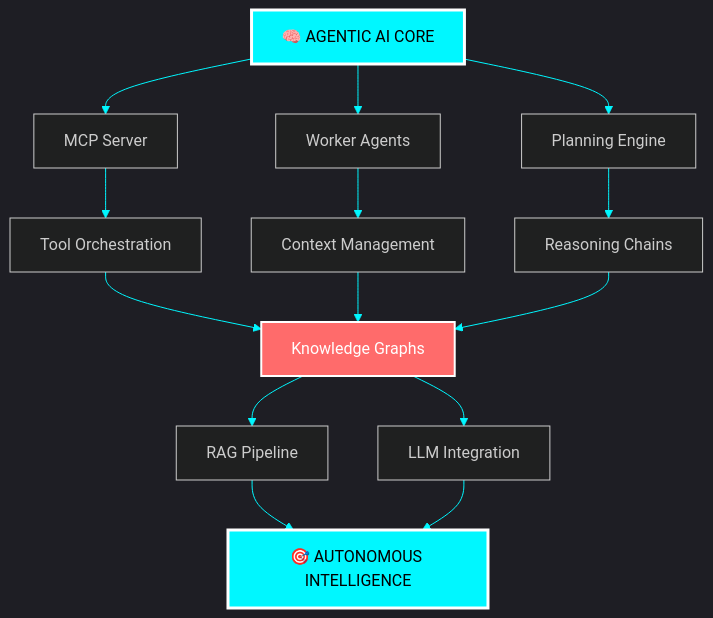
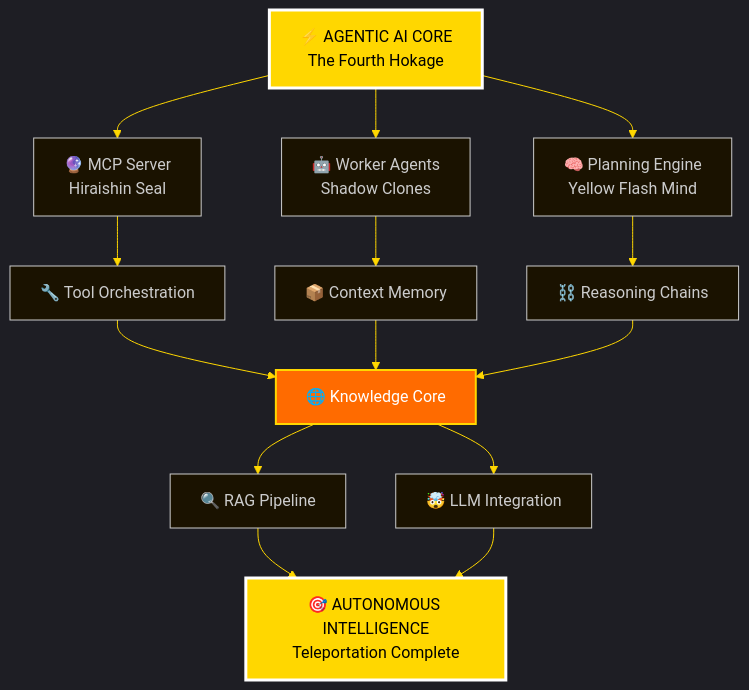
The first of 2 diagrams in README.md (Anshuman-Tripathi-minato/Anshuman-Tripathi-minato), drawn with Mermaid before and after one commit. The commit also changed other lines of this file, not shown here.

````diff
--- a/README.md
+++ b/README.md
@@ -82,25 +86,25 @@
 ```mermaid
-%%{init: {'theme':'dark', 'themeVariables': { 'primaryColor':'#00F7FF','primaryTextColor':'#fff','primaryBorderColor':'#00F7FF','lineColor':'#00F7FF','secondaryColor':'#1a1a2e','tertiaryColor':'#16213e'}}}%%
+%%{init: {'theme':'dark', 'themeVariables': { 'primaryColor':'#FFD700','primaryTextColor':'#000','primaryBorderColor':'#FFD700','lineColor':'#FFD700','secondaryColor':'#1a1200','tertiaryColor':'#0d0d0d', 'background':'#0d0d0d', 'mainBkg':'#1a1200'}}}%%
 graph TB
-    A[🧠 AGENTIC AI CORE] --> B[MCP Server]
-    A --> C[Worker Agents]
-    A --> D[Planning Engine]
-    
-    B --> E[Tool Orchestration]
-    C --> F[Context Management]
-    D --> G[Reasoning Chains]
-    
-    E --> H[Knowledge Graphs]
+    A[⚡ AGENTIC AI CORE<br/>The Fourth Hokage] --> B[🔮 MCP Server<br/>Hiraishin Seal]
+    A --> C[🤖 Worker Agents<br/>Shadow Clones]
+    A --> D[🧠 Planning Engine<br/>Yellow Flash Mind]
+
+    B --> E[🔧 Tool Orchestration]
+    C --> F[📦 Context Memory]
+    D --> G[⛓️ Reasoning Chains]
+
+    E --> H[🌐 Knowledge Core]
     F --> H
     G --> H
-    
-    H --> I[RAG Pipeline]
-    H --> J[LLM Integration]
-    
-    I --> K[🎯 AUTONOMOUS INTELLIGENCE]
+
+    H --> I[🔍 RAG Pipeline]
+    H --> J[🤯 LLM Integration]
+
+    I --> K[🎯 AUTONOMOUS INTELLIGENCE<br/>Teleportation Complete]
     J --> K
-    
-    style A fill:#00F7FF,stroke:#fff,stroke-width:3px,color:#000
-    style K fill:#00F7FF,stroke:#fff,stroke-width:3px,color:#000
-    style H fill:#ff6b6b,stroke:#fff,stroke-width:2px,color:#fff
+
+    style A fill:#FFD700,stroke:#fff,stroke-width:3px,color:#000
+    style K fill:#FFD700,stroke:#fff,stroke-width:3px,color:#000
+    style H fill:#ff6b00,stroke:#FFD700,stroke-width:2px,color:#fff
 ```
````
